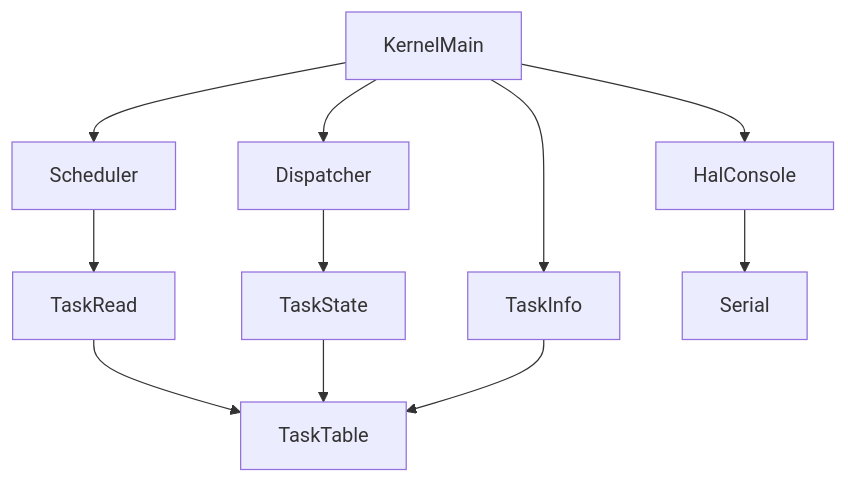
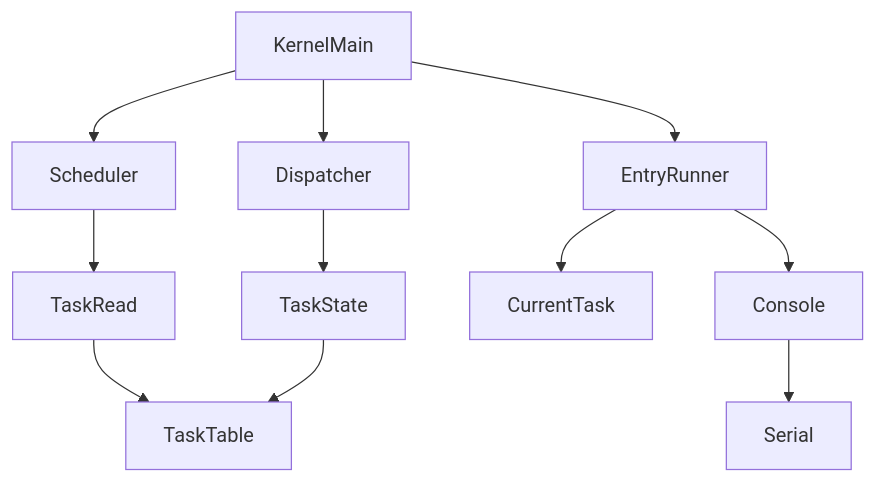
The first of 2 diagrams in .kiro/specs/task-entry-runner/design.md (pekopagu/itron-rtos), drawn with Mermaid before and after one commit. The commit also changed other lines of this file and 2 other files, not shown here.

Commit message:
spec: define entry return observation model (Chapter 4.2)

````diff
--- a/.kiro/specs/task-entry-runner/design.md
+++ b/.kiro/specs/task-entry-runner/design.md
@@ -67,13 +71,13 @@
 ```mermaid
 graph TB
     KernelMain[KernelMain] --> Scheduler[Scheduler]
     KernelMain --> Dispatcher[Dispatcher]
-    KernelMain --> TaskInfo[TaskInfo]
-    KernelMain --> HalConsole[HalConsole]
+    KernelMain --> EntryRunner[EntryRunner]
+    EntryRunner --> CurrentTask[CurrentTask]
+    EntryRunner --> Console[Console]
     Scheduler --> TaskRead[TaskRead]
     Dispatcher --> TaskState[TaskState]
     TaskRead --> TaskTable[TaskTable]
     TaskState --> TaskTable
-    TaskInfo --> TaskTable
-    HalConsole --> Serial[Serial]
+    Console --> Serial[Serial]
 ```
````
